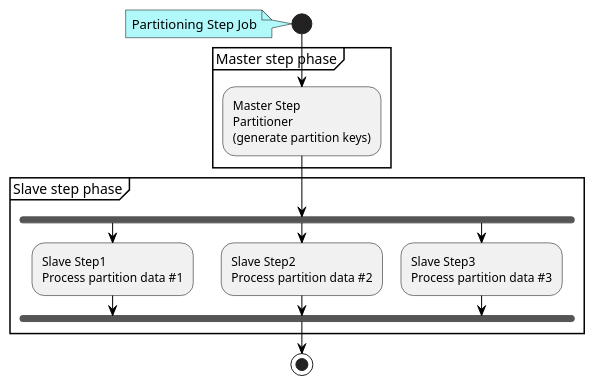
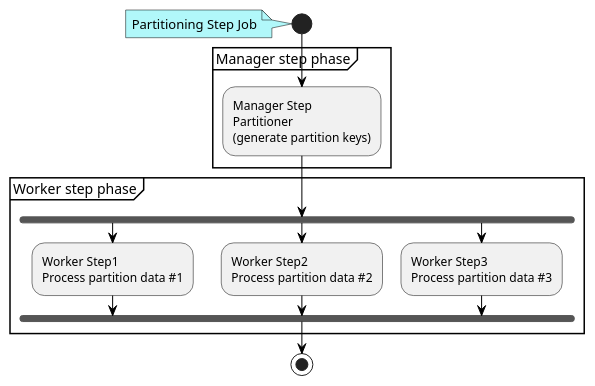
Before and after one commit to Macchinetta/batch-guideline: the diagram in src/main/asciidoc/images/ch08/ParallelAndMultiple/Ch08_ParallelAndMultiple_Partitioing_Step.pu, drawn with PlantUML. The commit also changed 125 other files, not shown here.

```diff
--- a/src/main/asciidoc/images/ch08/ParallelAndMultiple/Ch08_ParallelAndMultiple_Partitioing_Step.pu
+++ b/src/main/asciidoc/images/ch08/ParallelAndMultiple/Ch08_ParallelAndMultiple_Partitioing_Step.pu
@@ -1,59 +1,59 @@
 @startuml
 
 start
   note
     Partitioning Step Job
   end Note
-  partition "Master step phase" {
-    :Master Step\nPartitioner\n(generate partition keys);
+  partition "Manager step phase" {
+    :Manager Step\nPartitioner\n(generate partition keys);
   }
 
-  partition "Slave step phase" {
+  partition "Worker step phase" {
     fork
-      :Slave Step1\nProcess partition data #1;
+      :Worker Step1\nProcess partition data #1;
     fork again
-      :Slave Step2\nProcess partition data #2;
+      :Worker Step2\nProcess partition data #2;
     fork again
-      :Slave Step3\nProcess partition data #3;
+      :Worker Step3\nProcess partition data #3;
     end fork
   }
 stop
 
 'Set styles such as format and color of each figure
 skinparam Note {
   BackgroundColor #b1f8fa
   BorderColor black
 }
 
 skinparam Class {
   BorderColor black
   ArrowColor black
 }
 
 skinparam Activity {
   BorderColor black
   ArrowColor black
 }
 
 skinparam Sequence {
   BorderColor black
   ActorBorderColor black
   ArrowColor black
   LifeLineBorderColor black
   BoxLineColor black
   ParticipantBorderColor black
 }
 
 skinparam componentStyle uml2
 
 skinparam Component {
   BorderColor black
   ArrowColor black
 }
 
 skinparam Interface {
   BorderColor black
   ArrowColor black
 }
 
 @enduml
```
